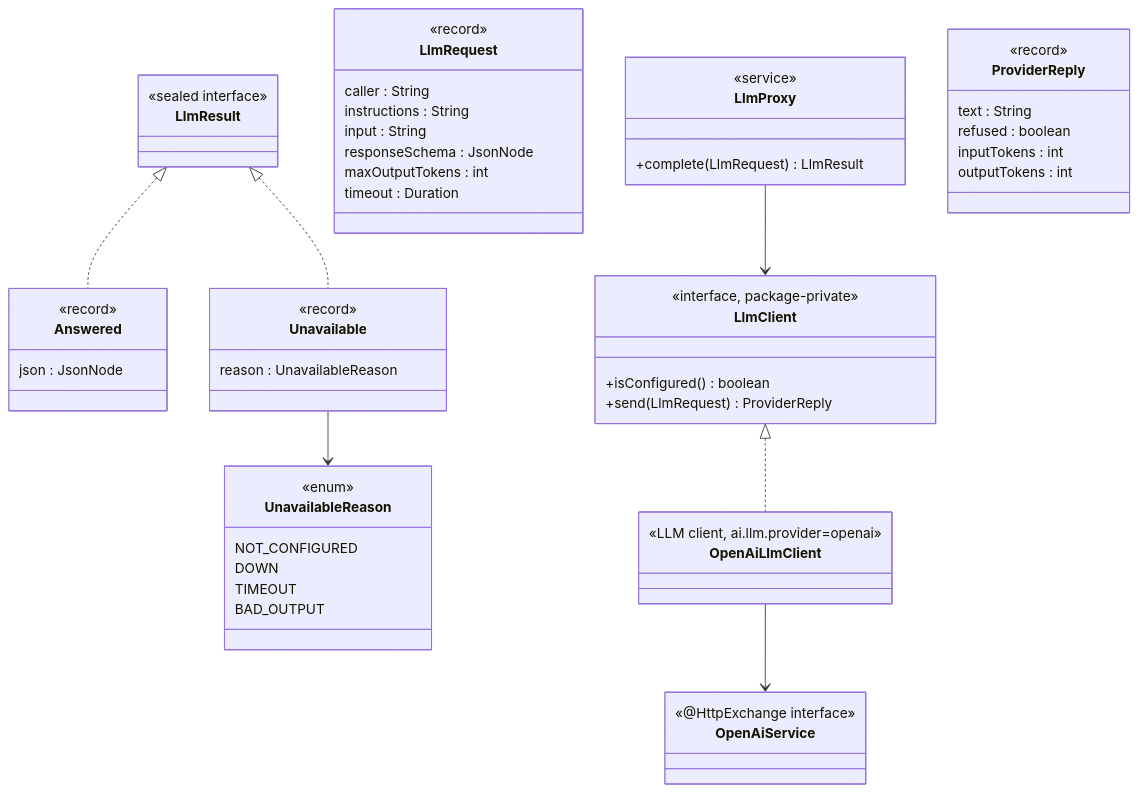
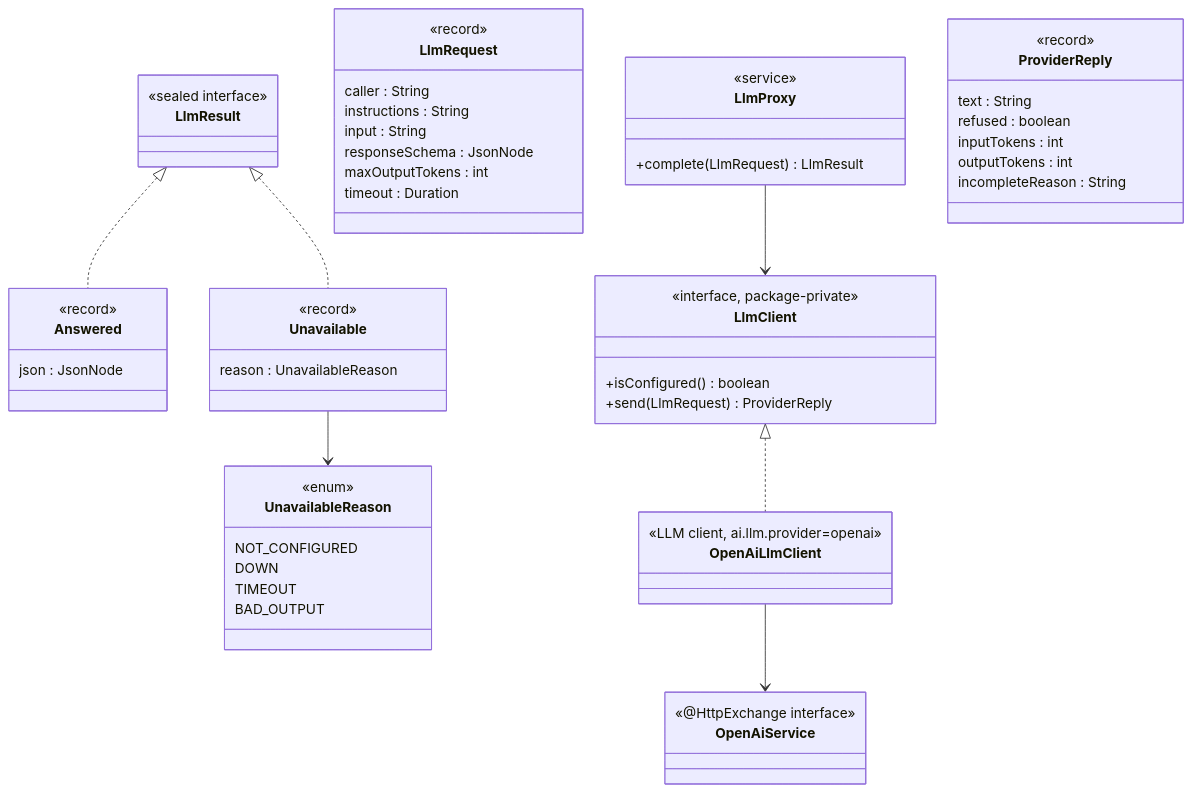
One commit to Washingtonwei/project-pulse changed the first of 2 diagrams in docs/design/ai.md. Above: the diagram before and after it, drawn with Mermaid. The commit also changed other lines of this file and 15 other files, not shown here.

````diff
--- a/docs/design/ai.md
+++ b/docs/design/ai.md
@@ -20,58 +20,59 @@
 ```mermaid
 classDiagram
     class LlmProxy {
       <<service>>
       +complete(LlmRequest) LlmResult
     }
     class LlmRequest {
       <<record>>
       caller : String
       instructions : String
       input : String
       responseSchema : JsonNode
       maxOutputTokens : int
       timeout : Duration
     }
     class LlmResult {
       <<sealed interface>>
     }
     class Answered {
       <<record>>
       json : JsonNode
     }
     class Unavailable {
       <<record>>
       reason : UnavailableReason
     }
     class UnavailableReason {
       <<enum>>
       NOT_CONFIGURED
       DOWN
       TIMEOUT
       BAD_OUTPUT
     }
     class LlmClient {
       <<interface, package-private>>
       +isConfigured() boolean
       +send(LlmRequest) ProviderReply
     }
     class ProviderReply {
       <<record>>
       text : String
       refused : boolean
       inputTokens : int
       outputTokens : int
+      incompleteReason : String
     }
     class OpenAiLlmClient {
       <<LLM client, ai.llm.provider=openai>>
     }
     class OpenAiService {
       <<@HttpExchange interface>>
     }
     LlmResult <|.. Answered
     LlmResult <|.. Unavailable
     Unavailable --> UnavailableReason
     LlmProxy --> LlmClient
     LlmClient <|.. OpenAiLlmClient
     OpenAiLlmClient --> OpenAiService
 ```
````
